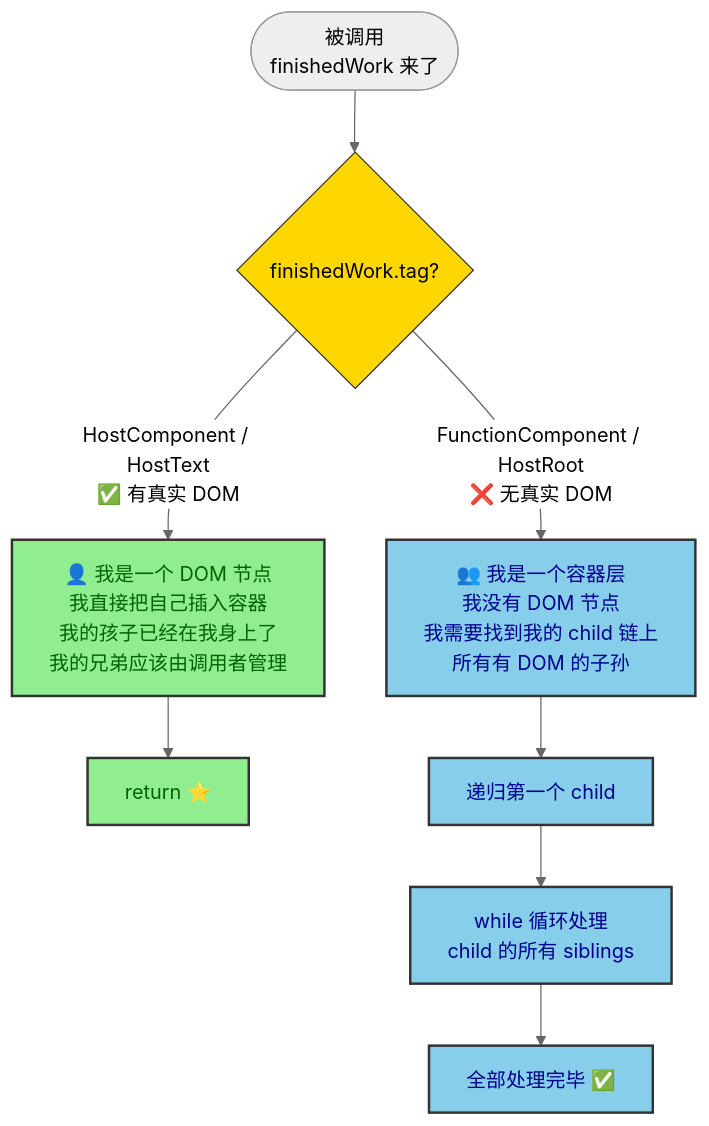
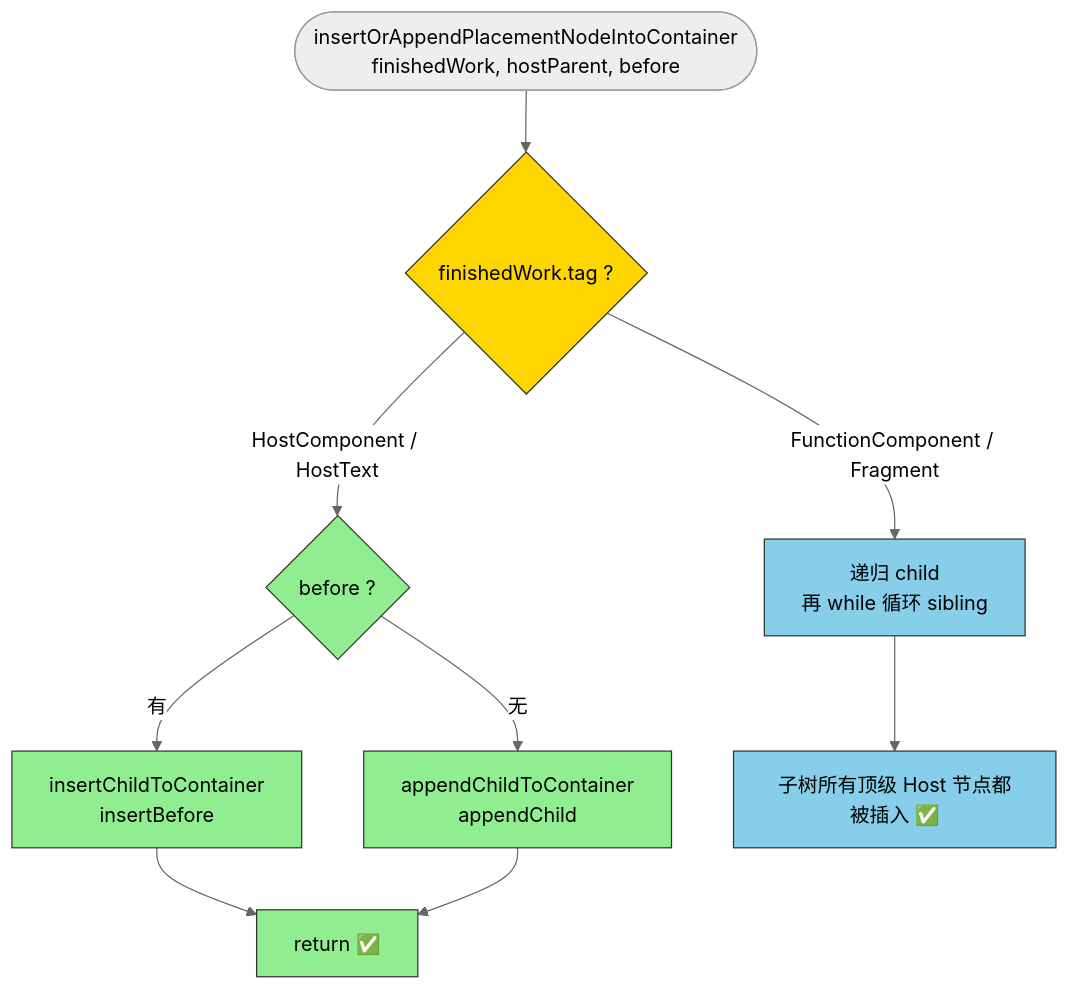
One commit to SecondDragon/big-react changed the second of 2 diagrams in packages/react-reconciler/src/commitWork.md. Above: the diagram before and after it, drawn with Mermaid (neutral theme). The commit also changed other lines of this file and 16 other files, not shown here.

````diff
--- a/packages/react-reconciler/src/commitWork.md
+++ b/packages/react-reconciler/src/commitWork.md
@@ -291,19 +103,18 @@
 ```mermaid
 flowchart TB
-    START(["被调用<br/>finishedWork 来了"]) --> TAG{finishedWork.tag?}
+    CALL(["insertOrAppendPlacementNodeIntoContainer<br/>finishedWork, hostParent, before"]) --> JUDGE{"finishedWork.tag ?"}
+    JUDGE -->|"HostComponent / HostText"| H1{"before ?"}
+    H1 -->|"有"| H2["insertChildToContainer<br/>insertBefore"]
+    H1 -->|"无"| H3["appendChildToContainer<br/>appendChild"]
+    H2 --> RET1["return ✅"]
+    H3 --> RET1
+    JUDGE -->|"FunctionComponent / Fragment"| R1["递归 child<br/>再 while 循环 sibling"]
+    R1 --> RET2["子树所有顶级 Host 节点都被插入 ✅"]
 
-    TAG -->|"HostComponent / HostText<br/>✅ 有真实 DOM"| C1["👤 我是一个 DOM 节点<br/>我直接把自己插入容器<br/>我的孩子已经在我身上了<br/>我的兄弟应该由调用者管理"]
-    C1 --> C1_END["return ⭐"]
-
-    TAG -->|"FunctionComponent / HostRoot<br/>❌ 无真实 DOM"| C2["👥 我是一个容器层<br/>我没有 DOM 节点<br/>我需要找到我的 child 链上<br/>所有有 DOM 的子孙"]
-    C2 --> C2_CHILD["递归第一个 child"]
-    C2_CHILD --> C2_SIBLING["while 循环处理<br/>child 的所有 siblings"]
-    C2_SIBLING --> C2_END["全部处理完毕 ✅"]
-
-    classDef case1 fill:#90EE90,stroke:#333,stroke-width:2px,color:darkgreen
-    classDef case2 fill:#87CEEB,stroke:#333,stroke-width:2px,color:darkblue
-    classDef decision fill:#FFD700,stroke:#333,color:black
-    class C1,C1_END case1
-    class C2,C2_CHILD,C2_SIBLING,C2_END case2
-    class TAG decision
+    classDef host fill:#90EE90,stroke:#333,color:#000
+    classDef recurse fill:#87CEEB,stroke:#333,color:#000
+    classDef decision fill:#FFD700,stroke:#333,color:#000
+    class H1,H2,H3,RET1 host
+    class R1,RET2 recurse
+    class JUDGE decision
 ```
````
